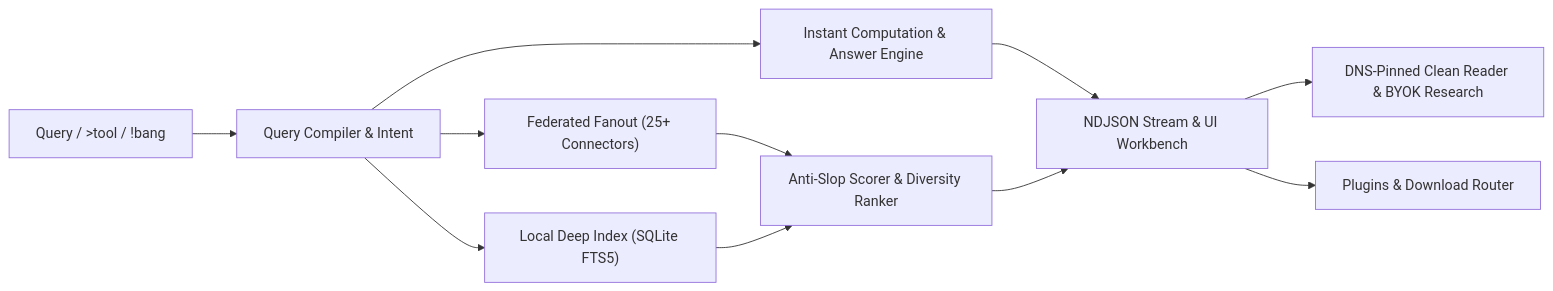
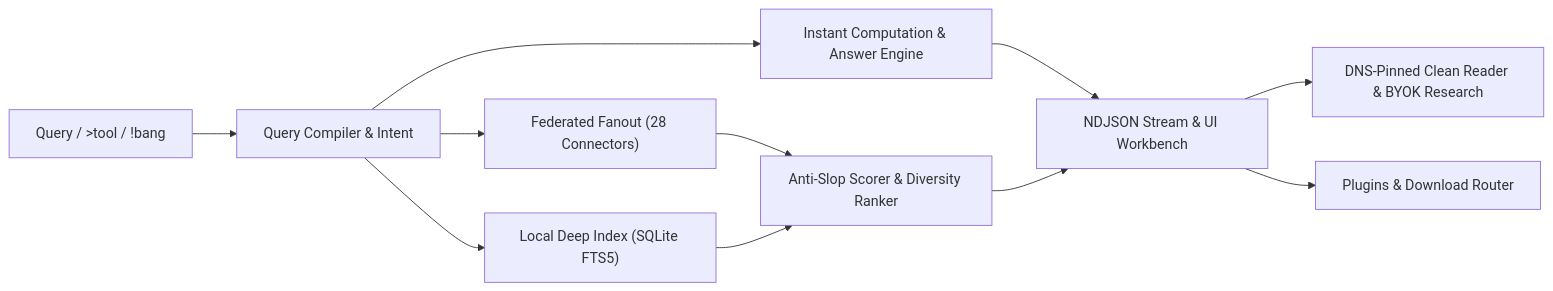
The diagram in README.md (WCKDai/glogg), drawn with Mermaid before and after one commit. The commit also changed other lines of this file and 42 other files, not shown here.

````diff
--- a/README.md
+++ b/README.md
@@ -43,13 +47,13 @@
 ```mermaid
 flowchart LR
   Q["Query / >tool / !bang"] --> QC["Query Compiler & Intent"]
   QC --> IA["Instant Computation & Answer Engine"]
-  QC --> FS["Federated Fanout (25+ Connectors)"]
+  QC --> FS["Federated Fanout (28 Connectors)"]
   QC --> DI["Local Deep Index (SQLite FTS5)"]
   FS --> RK["Anti-Slop Scorer & Diversity Ranker"]
   DI --> RK
   IA --> ST["NDJSON Stream & UI Workbench"]
   RK --> ST
   ST --> RD["DNS-Pinned Clean Reader & BYOK Research"]
   ST --> PL["Plugins & Download Router"]
 ```
````
